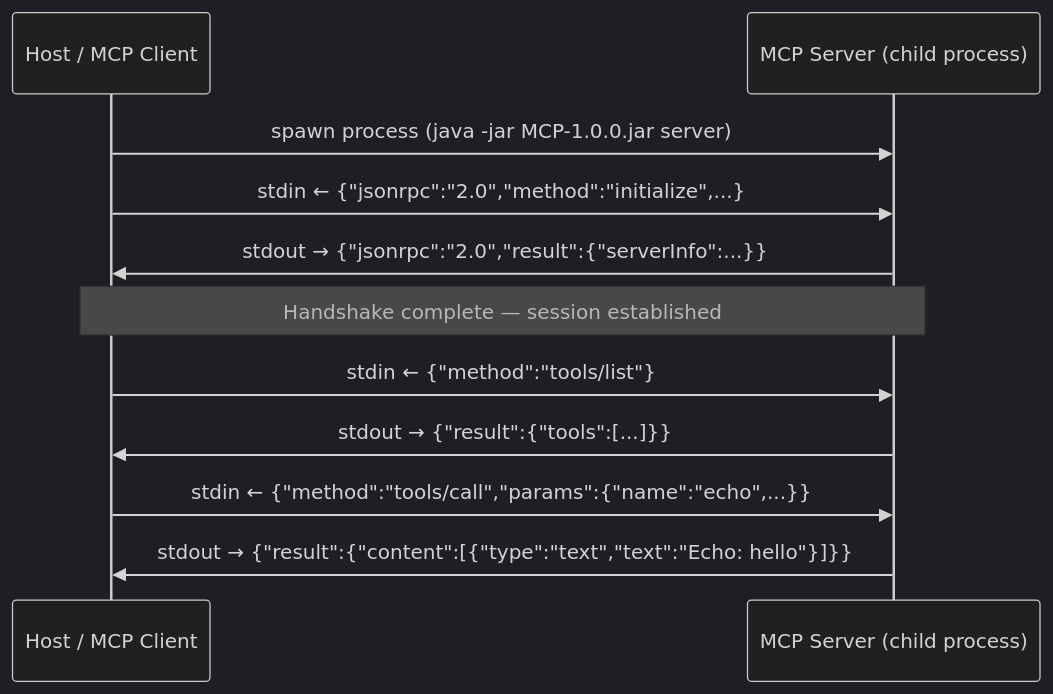
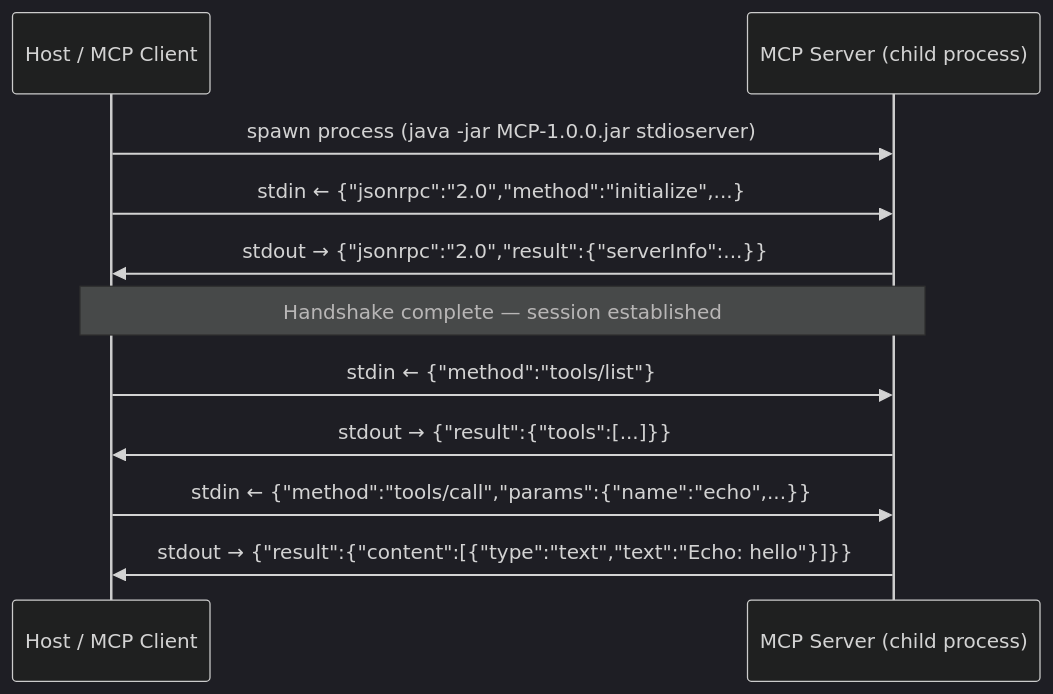
One commit to Warpguru/MCP changed the second of 6 diagrams in README.md. Above: the diagram before and after it, drawn with Mermaid (dark theme). The commit also changed other lines of this file and 7 other files, not shown here.

````diff
--- a/README.md
+++ b/README.md
@@ -148,16 +260,16 @@
 ```mermaid
 sequenceDiagram
     participant Host as Host / MCP Client
     participant Server as MCP Server (child process)
 
-    Host->>Server: spawn process (java -jar MCP-1.0.0.jar server)
+    Host->>Server: spawn process (java -jar MCP-1.0.0.jar stdioserver)
     Host->>Server: stdin ← {"jsonrpc":"2.0","method":"initialize",...}
     Server->>Host: stdout → {"jsonrpc":"2.0","result":{"serverInfo":...}}
     Note over Host,Server: Handshake complete — session established
 
     Host->>Server: stdin ← {"method":"tools/list"}
     Server->>Host: stdout → {"result":{"tools":[...]}}
 
     Host->>Server: stdin ← {"method":"tools/call","params":{"name":"echo",...}}
     Server->>Host: stdout → {"result":{"content":[{"type":"text","text":"Echo: hello"}]}}
 ```
````
